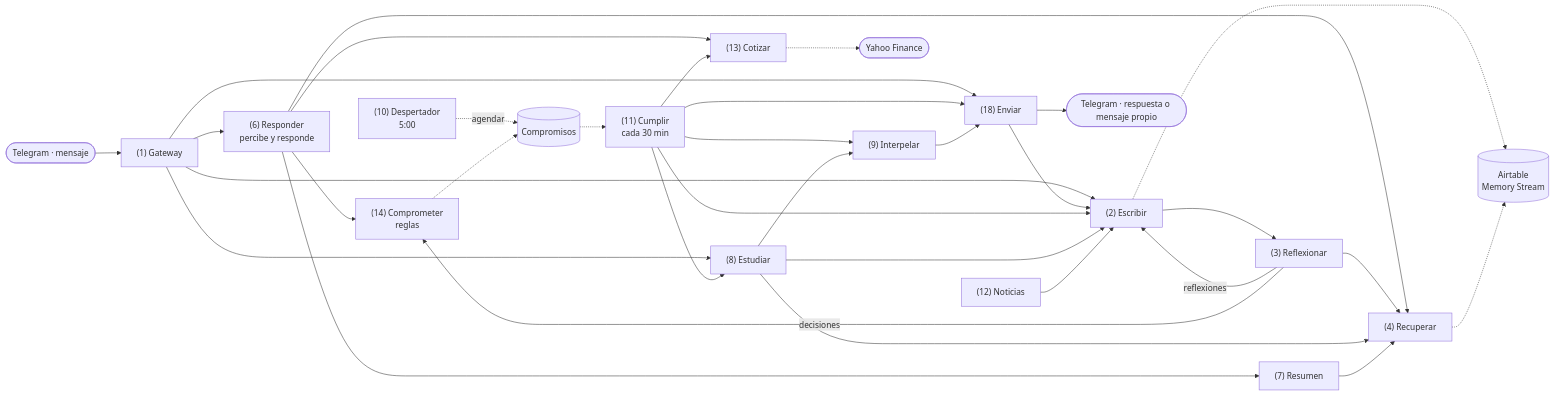
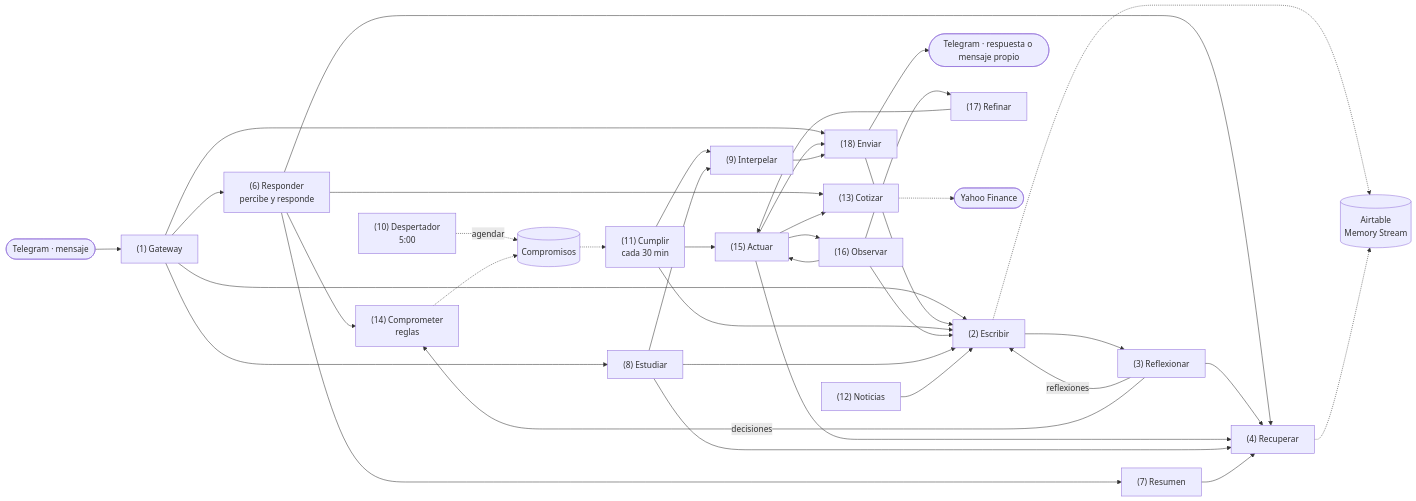
One commit to aguscort/generative-agent changed the first of 2 diagrams in DOCUMENTACION.md. Above: the diagram before and after it, drawn with Mermaid. The commit also changed other lines of this file and 1 other file, not shown here.

````diff
--- a/DOCUMENTACION.md
+++ b/DOCUMENTACION.md
@@ -88,35 +77,41 @@
 ```mermaid
 flowchart LR
     TG([Telegram · mensaje]) --> GW["(1) Gateway"]
     GW --> RS["(6) Responder<br/>percibe y responde"]
     RS --> CMP["(14) Comprometer<br/>reglas"]
     RS --> COT["(13) Cotizar"]
     RS --> RES["(7) Resumen"]
     RS --> REC["(4) Recuperar"]
     GW --> ESC["(2) Escribir"]
     GW --> EST["(8) Estudiar"]
     GW --> ENV["(18) Enviar"]
     ENV --> TGO([Telegram · respuesta o mensaje propio])
     ENV --> ESC
     ESC --> REF["(3) Reflexionar"]
     REF --> REC
     REF -- reflexiones --> ESC
     REF -- decisiones --> CMP
     DSP["(10) Despertador<br/>5:00"] -. agendar .-> CS
     CMP -.-> CS[("Compromisos")]
     CS -.-> CUM["(11) Cumplir<br/>cada 30 min"]
-    CUM --> COT
-    CUM --> EST
+    CUM --> ESC
     CUM --> INT["(9) Interpelar"]
-    CUM --> ESC
-    CUM --> ENV
+    CUM --> ACT["(15) Actuar"]
+    ACT --> OBS["(16) Observar"]
+    OBS --> ACT
+    OBS --> REF2["(17) Refinar"]
+    REF2 --> ACT
+    ACT --> COT
+    ACT --> REC
+    ACT --> ENV
+    OBS --> ESC
     EST --> INT
     EST --> REC
     EST --> ESC
     INT --> ENV
     RES --> REC
     NOT["(12) Noticias"] --> ESC
     COT -.-> YF([Yahoo Finance])
     ESC -.-> AT[(Airtable<br/>Memory Stream)]
     REC -.-> AT
 ```
````
